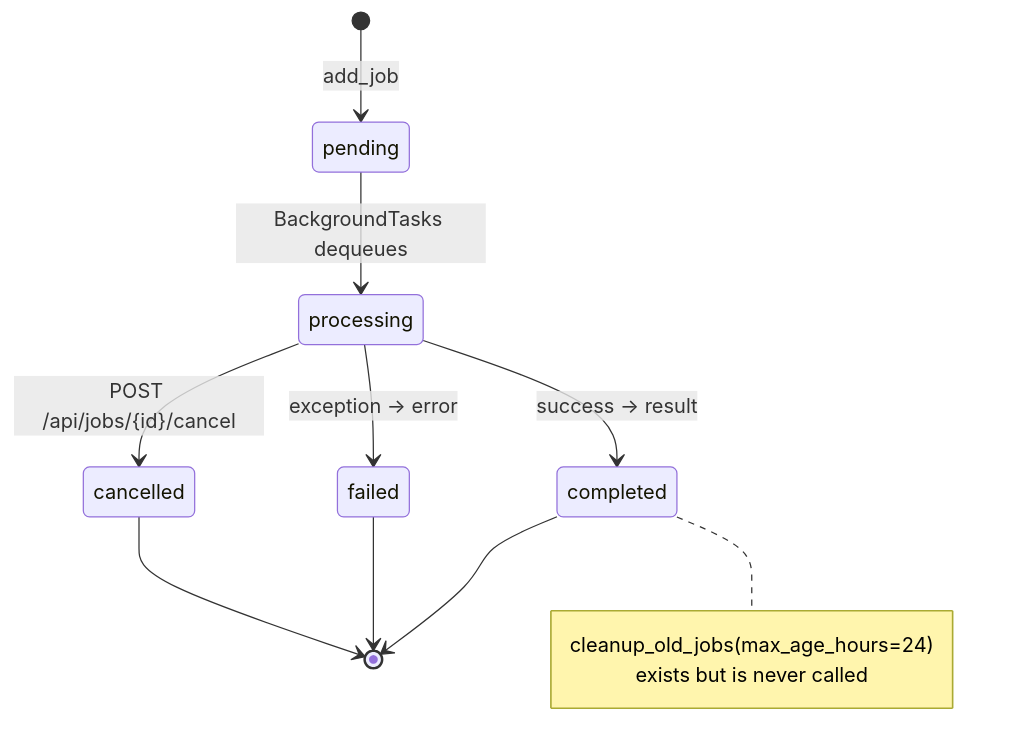
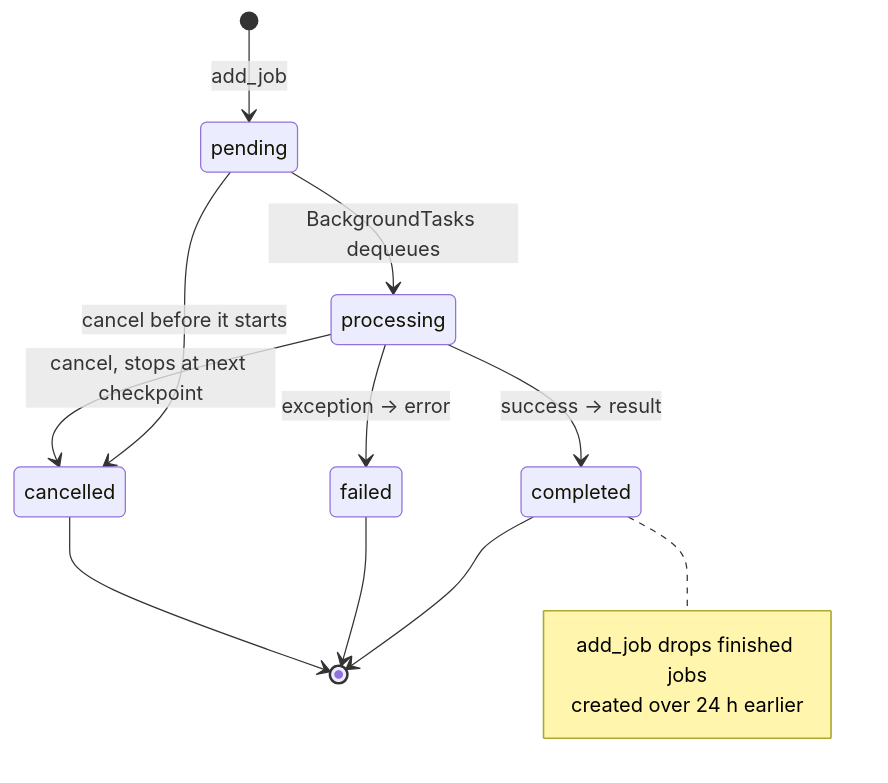
The seventh of 11 diagrams in docs/diagrams/diagrams.md (Git-Rocky-Stack/vision-studio), drawn with Mermaid before and after one commit. The commit also changed other lines of this file and 43 other files, not shown here.

````diff
--- a/docs/diagrams/diagrams.md
+++ b/docs/diagrams/diagrams.md
@@ -183,16 +184,17 @@
 ```mermaid
 stateDiagram-v2
     [*] --> pending: add_job
     pending --> processing: BackgroundTasks dequeues
+    pending --> cancelled: cancel before it starts
     processing --> completed: success -> result
     processing --> failed: exception -> error
-    processing --> cancelled: POST /api/jobs/{id}/cancel
+    processing --> cancelled: cancel, stops at next checkpoint
     completed --> [*]
     failed --> [*]
     cancelled --> [*]
 
     note right of completed
-        cleanup_old_jobs(max_age_hours=24)
-        exists but is never called
+        add_job drops finished jobs
+        created over 24 h earlier
     end note
 ```
````
